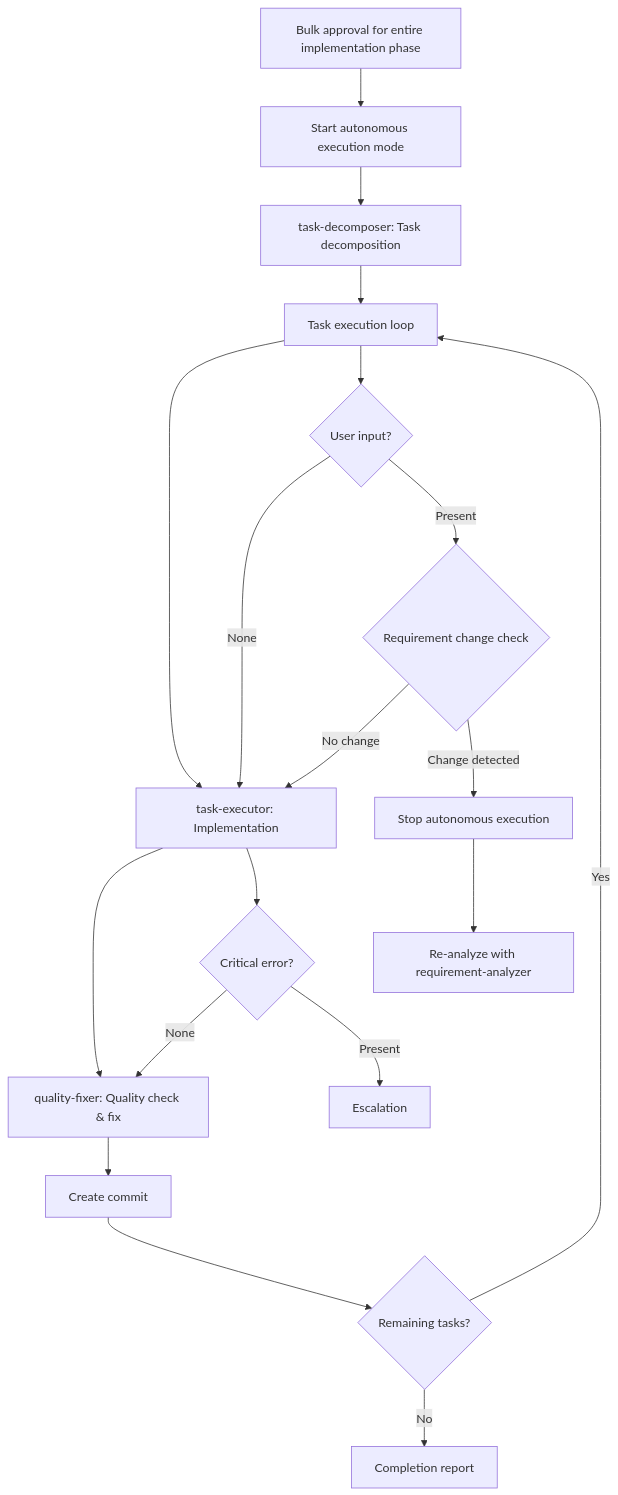
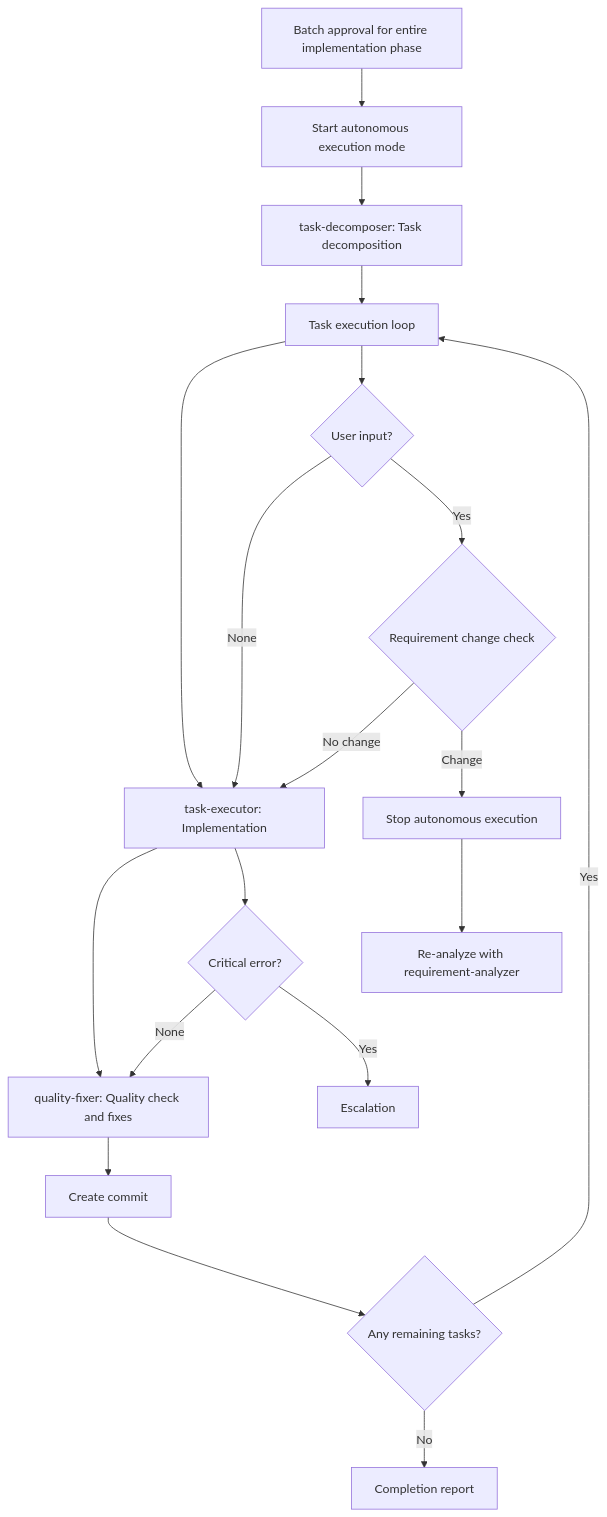
Before and after one commit to shinpr/ai-coding-project-boilerplate: the third of 3 diagrams in docs/guides/en/sub-agents.md, drawn with Mermaid. The commit also changed other lines of this file and 12 other files, not shown here.

````diff
--- a/docs/guides/en/sub-agents.md
+++ b/docs/guides/en/sub-agents.md
@@ -270,23 +220,23 @@
 ```mermaid
 graph TD
-    START[Bulk approval for entire implementation phase] --> AUTO[Start autonomous execution mode]
+    START[Batch approval for entire implementation phase] --> AUTO[Start autonomous execution mode]
     AUTO --> TD[task-decomposer: Task decomposition]
     TD --> LOOP[Task execution loop]
     LOOP --> TE[task-executor: Implementation]
-    TE --> QF[quality-fixer: Quality check & fix]
+    TE --> QF[quality-fixer: Quality check and fixes]
     QF --> COMMIT[Create commit]
-    COMMIT --> CHECK{Remaining tasks?}
+    COMMIT --> CHECK{Any remaining tasks?}
     CHECK -->|Yes| LOOP
     CHECK -->|No| REPORT[Completion report]
     
     LOOP --> INTERRUPT{User input?}
     INTERRUPT -->|None| TE
-    INTERRUPT -->|Present| REQCHECK{Requirement change check}
+    INTERRUPT -->|Yes| REQCHECK{Requirement change check}
     REQCHECK -->|No change| TE
-    REQCHECK -->|Change detected| STOP[Stop autonomous execution]
+    REQCHECK -->|Change| STOP[Stop autonomous execution]
     STOP --> RA[Re-analyze with requirement-analyzer]
     
     TE --> ERROR{Critical error?}
     ERROR -->|None| QF
-    ERROR -->|Present| ESC[Escalation]
+    ERROR -->|Yes| ESC[Escalation]
 ```
````
